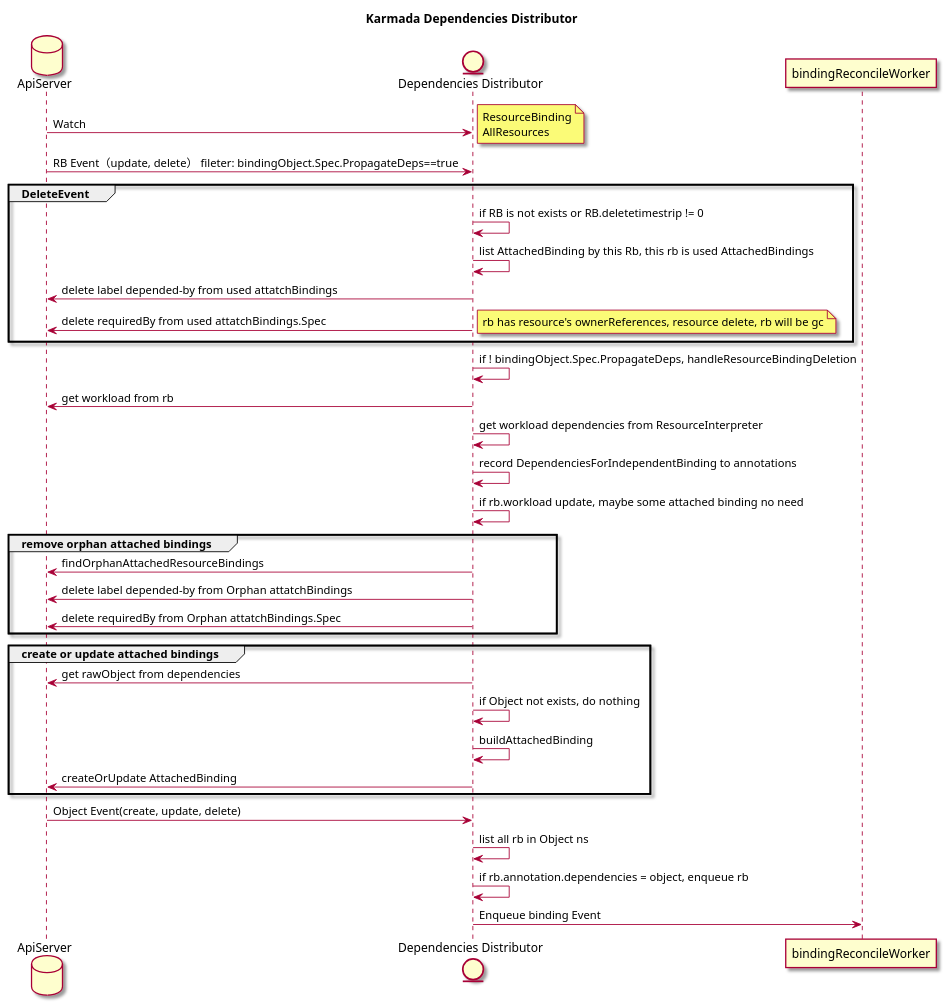
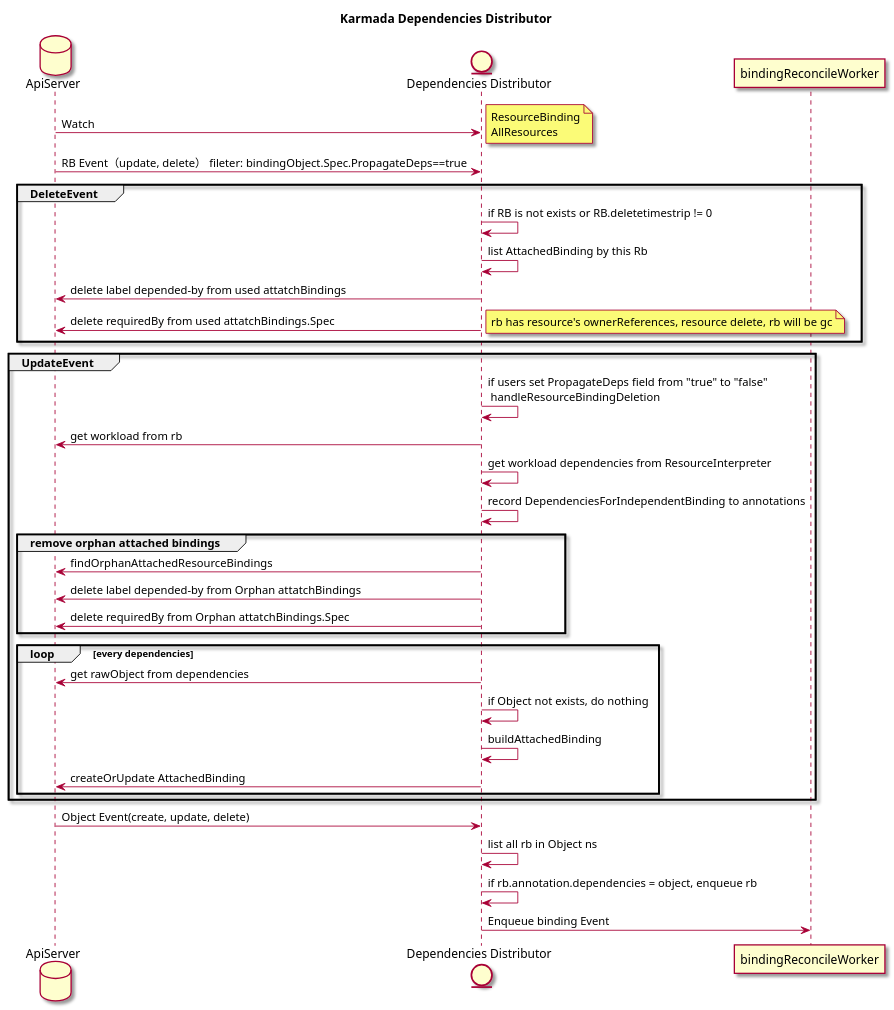
Before and after one commit to neteric/karmada: the diagram in plantuml/karmada-dependencies-distributor.plantuml, drawn with PlantUML. The commit also changed 5 other files, not shown here.

Commit message:
add clsuter controller plantuml

```diff
--- a/plantuml/karmada-dependencies-distributor.plantuml
+++ b/plantuml/karmada-dependencies-distributor.plantuml
@@ -1,58 +1,59 @@
 @startuml
 
 skin rose
 
 title "Karmada Dependencies Distributor"
 
 
 database "ApiServer" as ApiServer
 entity "Dependencies Distributor" as dd
 
 
 ApiServer -> dd : Watch
 
 note right
 ResourceBinding
 AllResources
 end note
 
 
 ApiServer -> dd: RB Event（update, delete） fileter: bindingObject.Spec.PropagateDeps==true
 
 group DeleteEvent
     dd -> dd: if RB is not exists or RB.deletetimestrip != 0
-    dd -> dd: list AttachedBinding by this Rb, this rb is used AttachedBindings
+    dd -> dd: list AttachedBinding by this Rb
     dd -> ApiServer: delete label depended-by from used attatchBindings
     dd -> ApiServer: delete requiredBy from used attatchBindings.Spec
     note right
         rb has resource's ownerReferences, resource delete, rb will be gc
     end note
 end
 
-dd -> dd: if ! bindingObject.Spec.PropagateDeps, handleResourceBindingDeletion
-dd -> ApiServer: get workload from rb
-dd -> dd: get workload dependencies from ResourceInterpreter
-dd -> dd: record DependenciesForIndependentBinding to annotations
-dd -> dd: if rb.workload update, maybe some attached binding no need
+group UpdateEvent
+    dd -> dd: if users set PropagateDeps field from "true" to "false" \n handleResourceBindingDeletion
+    dd -> ApiServer: get workload from rb
+    dd -> dd: get workload dependencies from ResourceInterpreter
+    dd -> dd: record DependenciesForIndependentBinding to annotations
 
-group remove orphan attached bindings
-    dd -> ApiServer: findOrphanAttachedResourceBindings
-    dd -> ApiServer: delete label depended-by from Orphan attatchBindings
-    dd -> ApiServer: delete requiredBy from Orphan attatchBindings.Spec
+    group remove orphan attached bindings
+        dd -> ApiServer: findOrphanAttachedResourceBindings
+        dd -> ApiServer: delete label depended-by from Orphan attatchBindings
+        dd -> ApiServer: delete requiredBy from Orphan attatchBindings.Spec
+    end
+
+    loop every dependencies
+        dd -> ApiServer: get rawObject from dependencies
+        dd -> dd: if Object not exists, do nothing
+        dd -> dd: buildAttachedBinding
+        dd -> ApiServer: createOrUpdate AttachedBinding
+    end
 end
 
-group create or update attached bindings
-    dd -> ApiServer: get rawObject from dependencies
-    dd -> dd: if Object not exists, do nothing
-    dd -> dd: buildAttachedBinding
-    dd -> ApiServer: createOrUpdate AttachedBinding
-
-end
 
 ApiServer -> dd: Object Event(create, update, delete)
 dd -> dd: list all rb in Object ns
 dd -> dd: if rb.annotation.dependencies = object, enqueue rb
 dd -> bindingReconcileWorker: Enqueue binding Event
 
 
 @enduml
```
